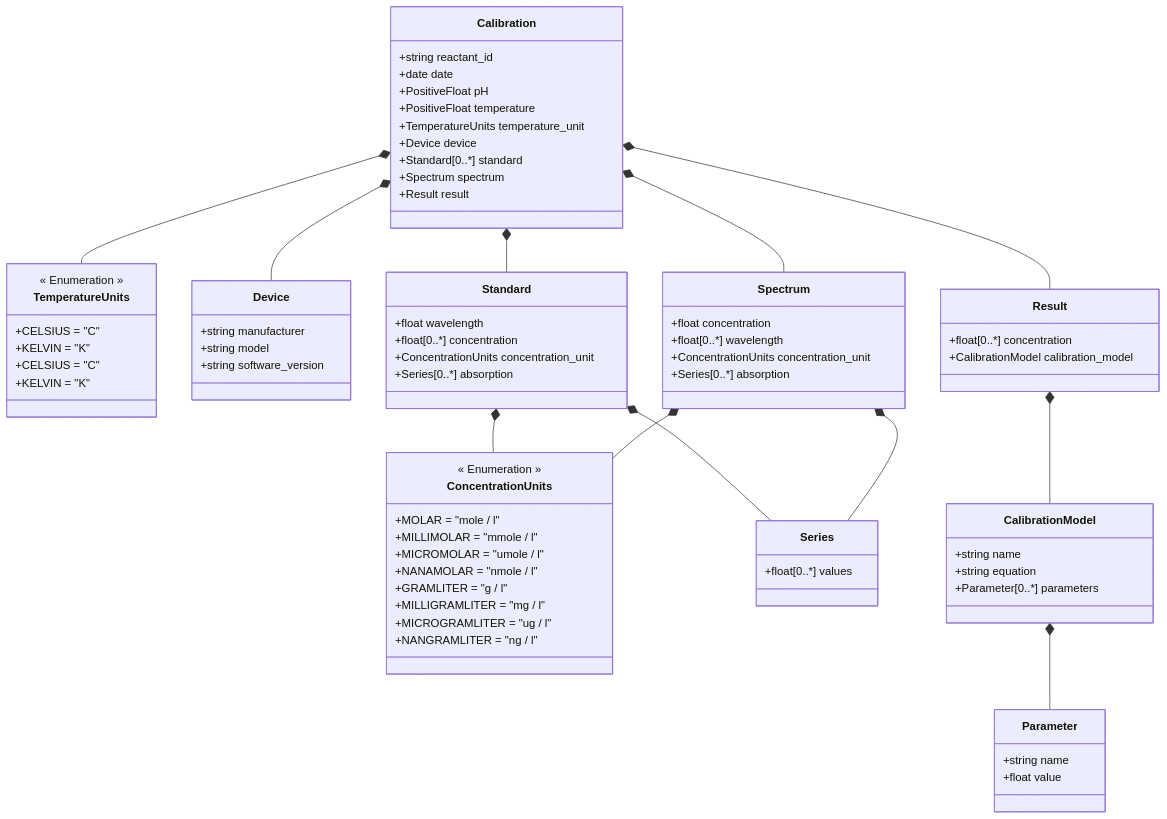
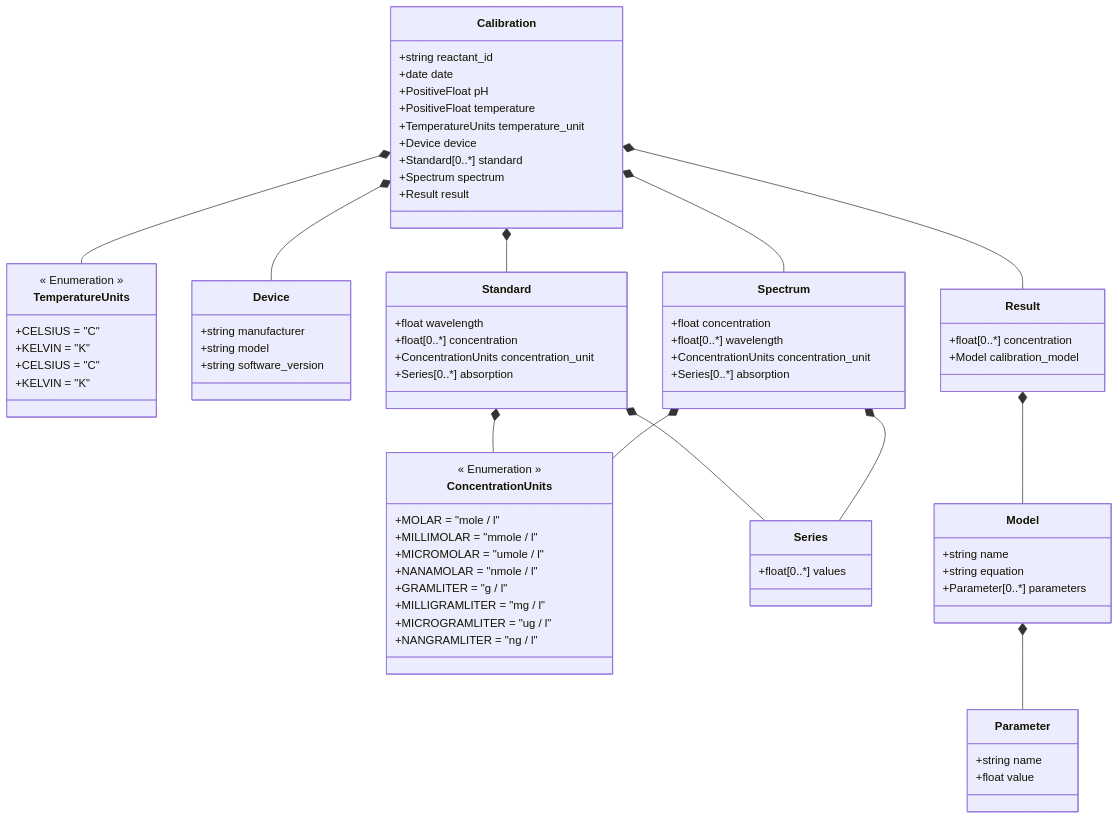
Before and after one commit to FAIRChemistry/datamodel_calibration: the diagram in CaliPytion/schemes/CaliPytion.md, drawn with Mermaid. The commit also changed 11 other files, not shown here.

```diff
--- a/CaliPytion/schemes/CaliPytion.md
+++ b/CaliPytion/schemes/CaliPytion.md
@@ -9,8 +9,8 @@
     Standard *-- Series
     Spectrum *-- ConcentrationUnits
     Spectrum *-- Series
-    Result *-- CalibrationModel
-    CalibrationModel *-- Parameter
+    Result *-- Model
+    Model *-- Parameter
     
     class Calibration {
         +string reactant_id
@@ -46,10 +46,10 @@
     
     class Result {
         +float[0..*] concentration
-        +CalibrationModel calibration_model
+        +Model calibration_model
     }
     
-    class CalibrationModel {
+    class Model {
         +string name
         +string equation
         +Parameter[0..*] parameters
```
